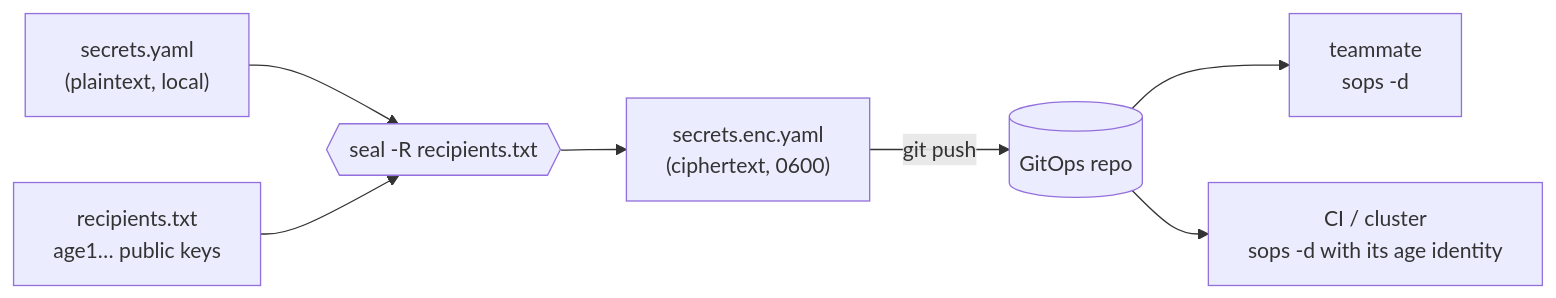
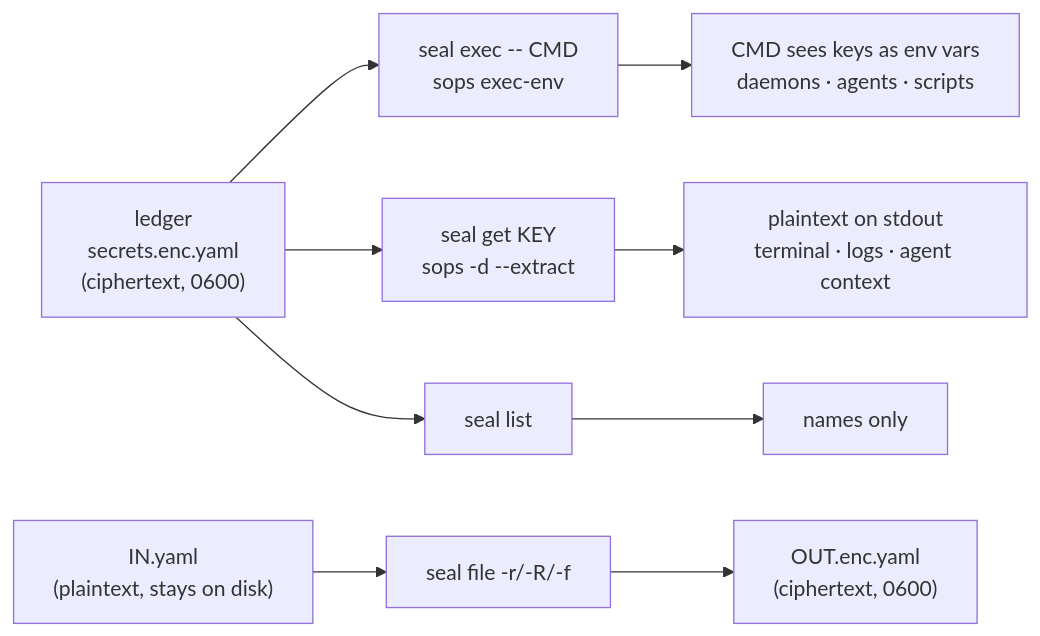
One commit to adammamaril/seald changed the diagram in README.md. Above: the diagram before and after it, drawn with Mermaid. The commit also changed other lines of this file and 6 other files, not shown here.

First line of the commit message:
seal v2: interactive SOPS ledger for every credential

````diff
--- a/README.md
+++ b/README.md
@@ -77,9 +122,8 @@
 ```mermaid
 flowchart LR
-  A["secrets.yaml<br/>(plaintext, local)"] --> S{{"seal -R recipients.txt"}}
-  K["recipients.txt<br/>age1… public keys"] --> S
-  S --> E["secrets.enc.yaml<br/>(ciphertext, 0600)"]
-  E -->|git push| R[(GitOps repo)]
-  R --> C1["teammate<br/>sops -d"]
-  R --> C2["CI / cluster<br/>sops -d with its age identity"]
+  L["ledger<br/>secrets.enc.yaml<br/>(ciphertext, 0600)"]
+  L --> X["seal exec -- CMD<br/>sops exec-env"] --> XE["CMD sees keys as env vars<br/>daemons · agents · scripts"]
+  L --> G["seal get KEY<br/>sops -d --extract"] --> GE["plaintext on stdout<br/>terminal · logs · agent context"]
+  L --> LS["seal list"] --> LE["names only"]
+  I["IN.yaml<br/>(plaintext, stays on disk)"] --> F["seal file -r/-R/-f"] --> O["OUT.enc.yaml<br/>(ciphertext, 0600)"]
 ```
````
